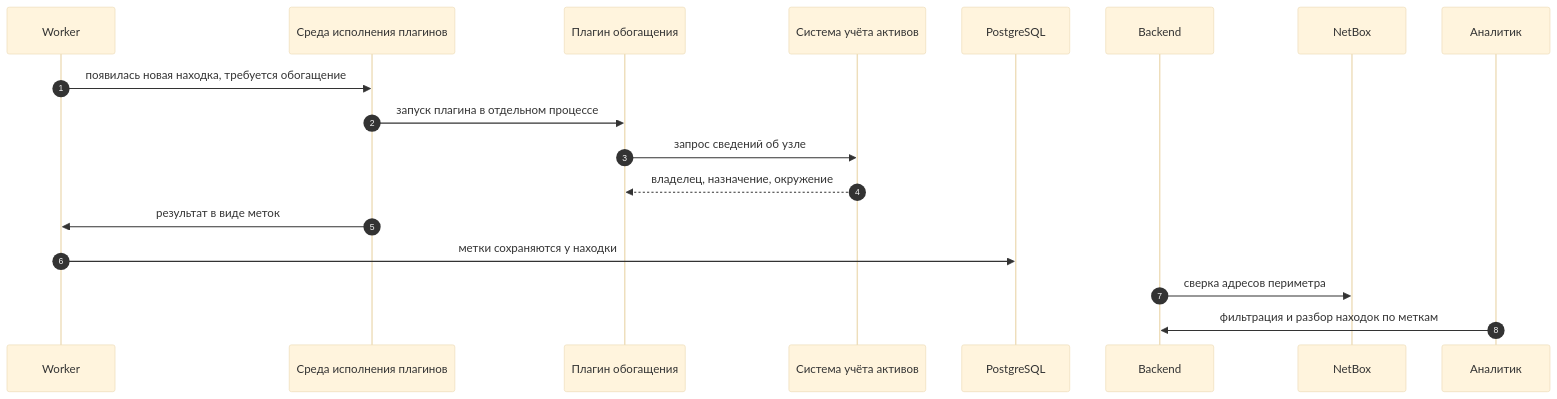
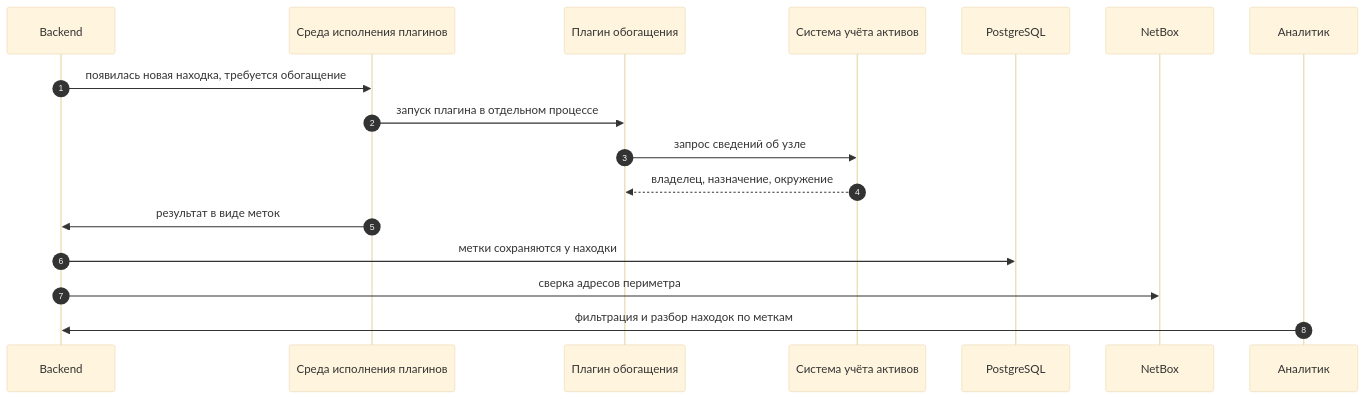
Before and after one commit to s3m4rgl/hub-docs: the eighth of 8 diagrams in docs/use-cases.md, drawn with Mermaid (base theme). The commit also changed other lines of this file and 53 other files, not shown here.

````diff
--- a/docs/use-cases.md
+++ b/docs/use-cases.md
@@ -374,21 +374,20 @@
 ```mermaid
 sequenceDiagram
     autonumber
-    participant W as Worker
+    participant API as Backend
     participant R as Среда исполнения плагинов
     participant P as Плагин обогащения
     participant C as Система учёта активов
     participant DB as PostgreSQL
-    participant API as Backend
     participant NB as NetBox
     participant U as Аналитик
 
-    W->>R: появилась новая находка, требуется обогащение
+    API->>R: появилась новая находка, требуется обогащение
     R->>P: запуск плагина в отдельном процессе
     P->>C: запрос сведений об узле
     C-->>P: владелец, назначение, окружение
-    R->>W: результат в виде меток
-    W->>DB: метки сохраняются у находки
+    R->>API: результат в виде меток
+    API->>DB: метки сохраняются у находки
     API->>NB: сверка адресов периметра
     U->>API: фильтрация и разбор находок по меткам
 ```
````
